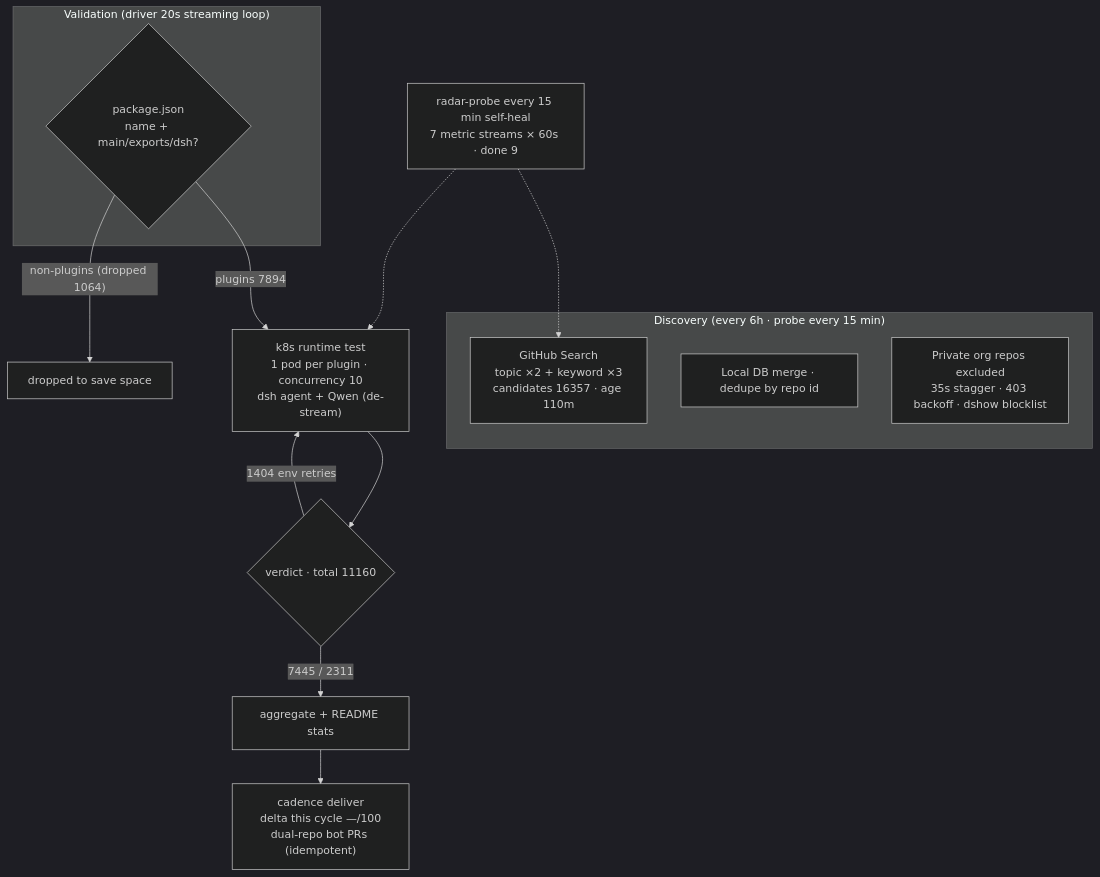
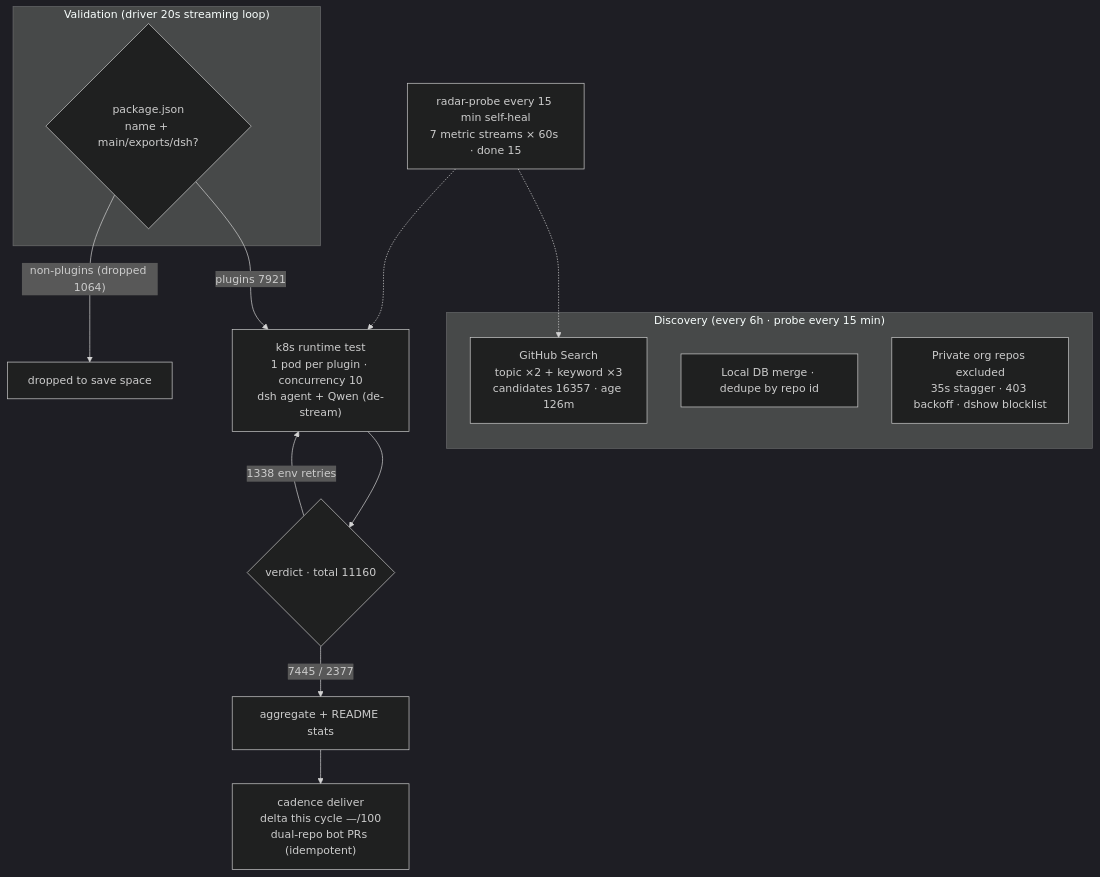
Before and after one commit to AdamPlatin123/awesome-dsh-plugins: the diagram in README.en-US.md, drawn with Mermaid (dark theme). The commit also changed other lines of this file and 5 other files, not shown here.

````diff
--- a/README.en-US.md
+++ b/README.en-US.md
@@ -45,20 +45,20 @@
 ```mermaid
 flowchart TB
     subgraph Discovery["Discovery (every 6h · probe every 15 min)"]
-        A1["GitHub Search<br/>topic ×2 + keyword ×3<br/>candidates 16357 · age 110m"]
+        A1["GitHub Search<br/>topic ×2 + keyword ×3<br/>candidates 16357 · age 126m"]
         A2["Local DB merge · dedupe by repo id"]
         A3["Private org repos excluded<br/>35s stagger · 403 backoff · dshow blocklist"]
     end
     subgraph Validation["Validation (driver 20s streaming loop)"]
         B1{"package.json<br/>name + main/exports/dsh?"}
     end
-    B1 -->|"plugins 7894"| C1["k8s runtime test<br/>1 pod per plugin · concurrency 10<br/>dsh agent + Qwen (de-stream)"]
+    B1 -->|"plugins 7921"| C1["k8s runtime test<br/>1 pod per plugin · concurrency 10<br/>dsh agent + Qwen (de-stream)"]
     B1 -->|"non-plugins (dropped 1064)"| B3["dropped to save space"]
     C1 --> D1{"verdict · total 11160"}
-    D1 -->|"7445 / 2311"| E1["aggregate + README stats"]
-    D1 -->|"1404 env retries"| C1
+    D1 -->|"7445 / 2377"| E1["aggregate + README stats"]
+    D1 -->|"1338 env retries"| C1
     E1 --> E2["cadence deliver<br/>delta this cycle —/100<br/>dual-repo bot PRs (idempotent)"]
-    M["radar-probe every 15 min self-heal<br/>7 metric streams × 60s · done 9"]
+    M["radar-probe every 15 min self-heal<br/>7 metric streams × 60s · done 15"]
     M -.-> A1
     M -.-> C1
 ```
````
